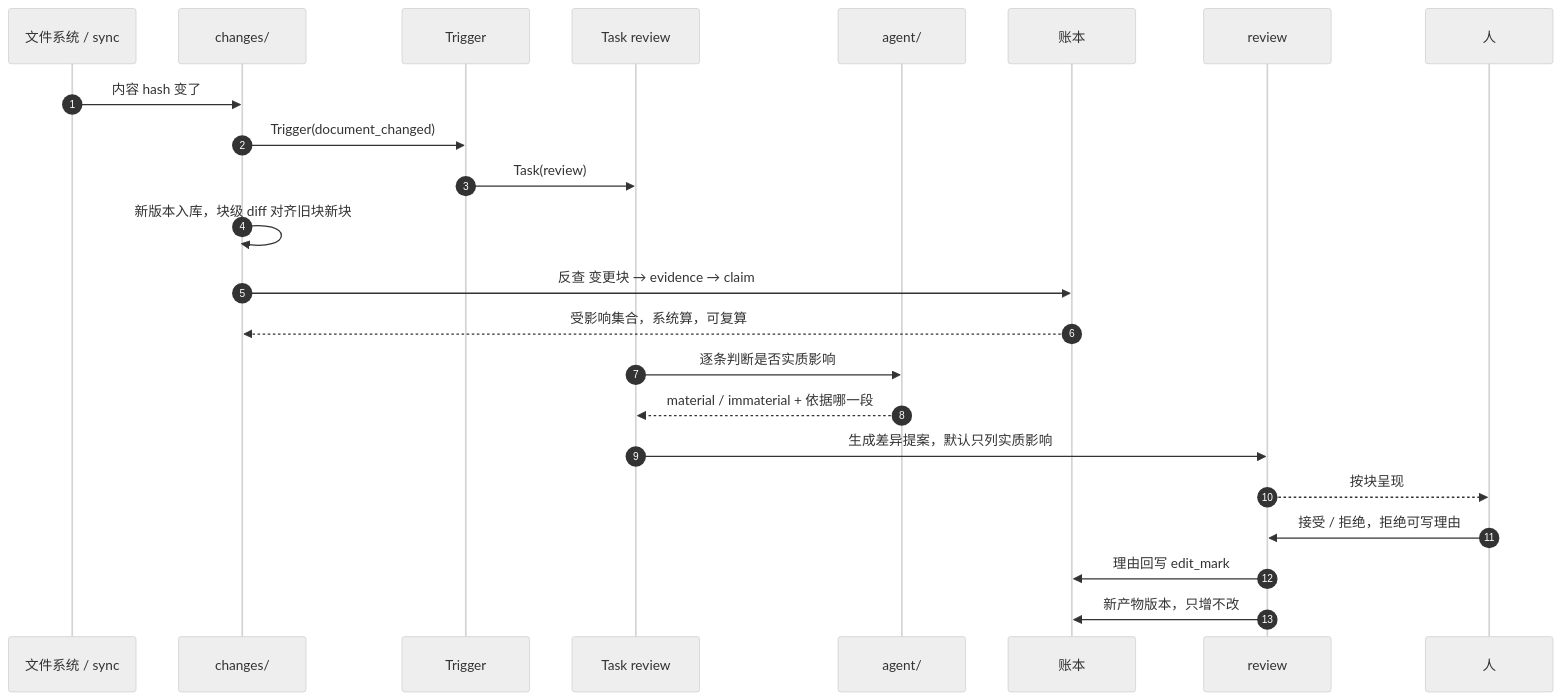
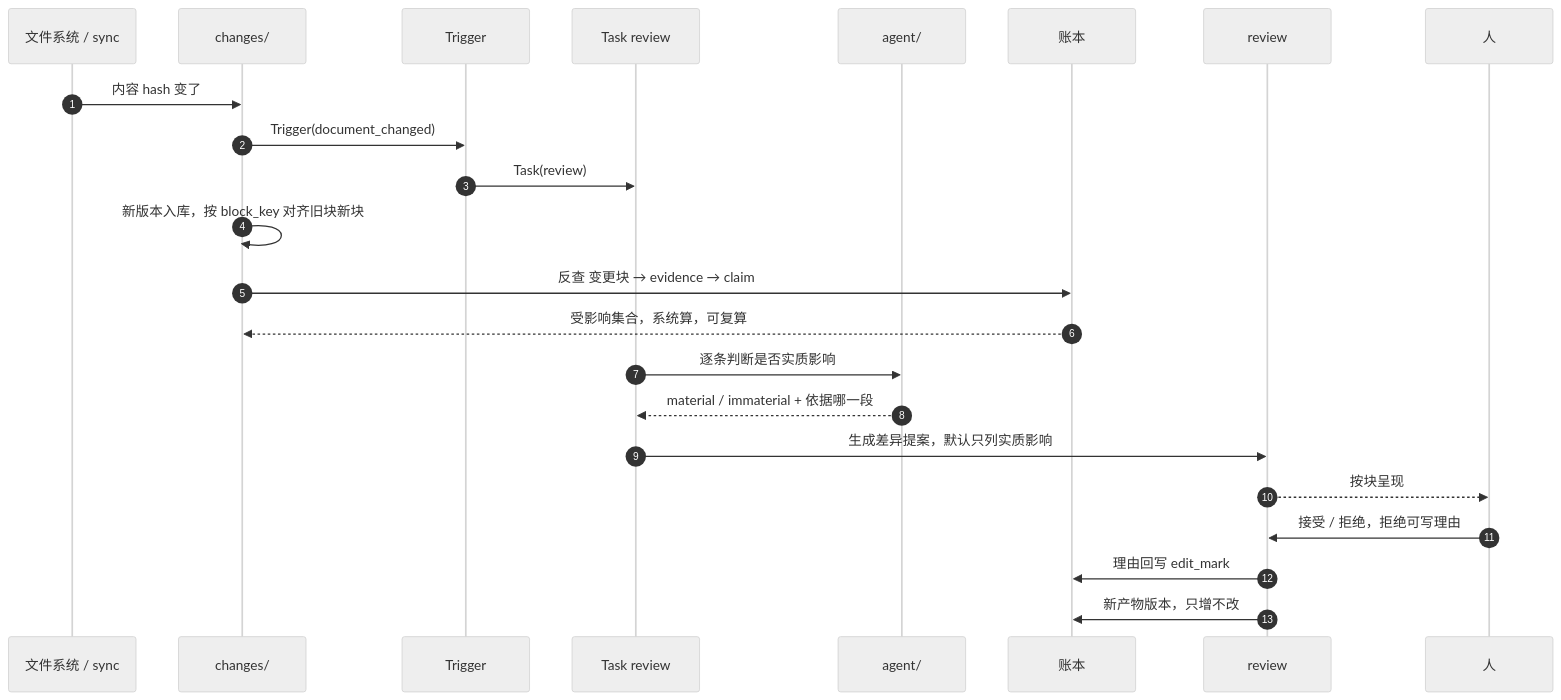
Before and after one commit to Kstheme/open-super-agent-kb: the seventh of 11 diagrams in docs/architecture.md, drawn with Mermaid (neutral theme). The commit also changed other lines of this file and 11 other files, not shown here.

````diff
--- a/docs/architecture.md
+++ b/docs/architecture.md
@@ -286,26 +302,26 @@
 ```mermaid
 sequenceDiagram
     autonumber
     participant FS as 文件系统 / sync
     participant CH as changes/
     participant TG as Trigger
     participant TK as Task review
     participant AG as agent/
     participant LG as 账本
     participant RV as review
     participant U as 人
 
     FS->>CH: 内容 hash 变了
     CH->>TG: Trigger(document_changed)
     TG->>TK: Task(review)
-    CH->>CH: 新版本入库，块级 diff 对齐旧块新块
+    CH->>CH: 新版本入库，按 block_key 对齐旧块新块
     CH->>LG: 反查 变更块 → evidence → claim
     LG-->>CH: 受影响集合，系统算，可复算
     TK->>AG: 逐条判断是否实质影响
     AG-->>TK: material / immaterial + 依据哪一段
     TK->>RV: 生成差异提案，默认只列实质影响
     RV-->>U: 按块呈现
     U->>RV: 接受 / 拒绝，拒绝可写理由
     RV->>LG: 理由回写 edit_mark
     RV->>LG: 新产物版本，只增不改
 ```
````
